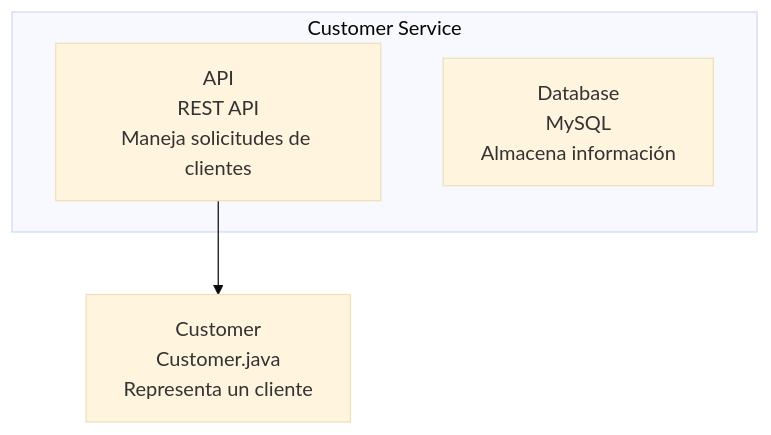
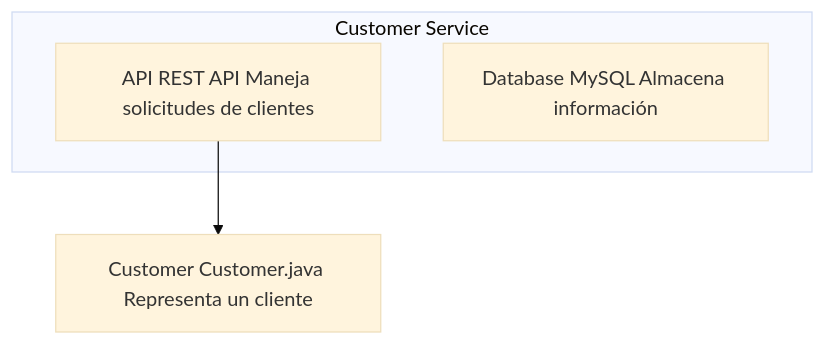
One commit to MaximilianoRodrigoSoria/mermaid-examples changed diagram 17 of 17 in README.MD. Above: the diagram before and after it, drawn with Mermaid (base theme). The commit also changed other lines of this file, not shown here.

````diff
--- a/README.MD
+++ b/README.MD
@@ -241,8 +241,8 @@
 ```mermaid
 graph TD
     subgraph "Customer Service"
-        c2["API\nREST API\nManeja solicitudes de clientes"]
-        c3["Database\nMySQL\nAlmacena información"]
+        c2["API REST API Maneja solicitudes de clientes"]
+        c3["Database MySQL Almacena información"]
     end
-    c2 --> c4["Customer\nCustomer.java\nRepresenta un cliente"]
+    c2 --> c4["Customer Customer.java Representa un cliente"]
 ```
````
